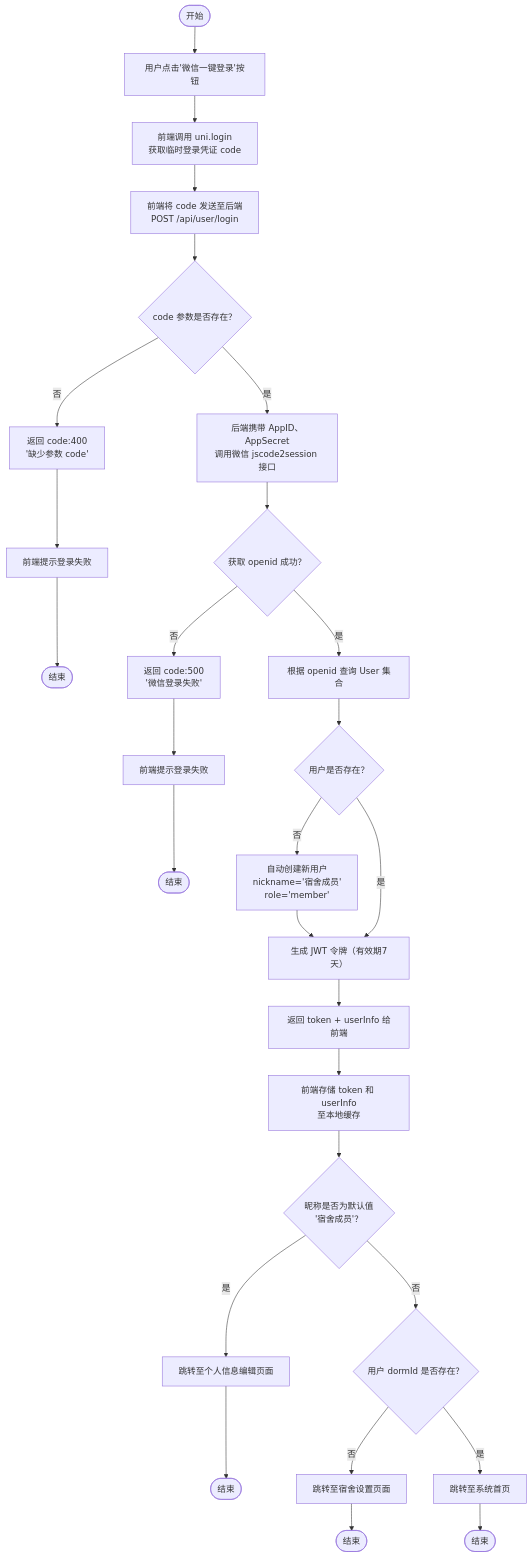
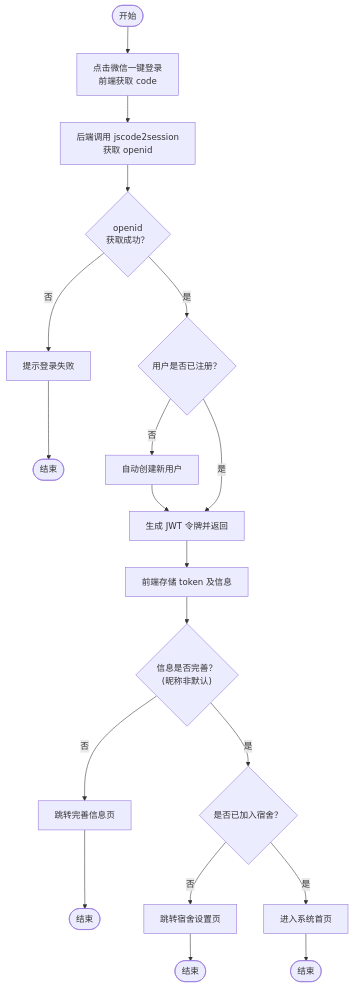
Before and after one commit to abcdaa12/test: the diagram in mermaid/登录流程图.md, drawn with Mermaid. The commit also changed 17 other files, not shown here.

````diff
--- a/mermaid/登录流程图.md
+++ b/mermaid/登录流程图.md
@@ -1,30 +1,21 @@
 ```mermaid
 flowchart TD
-    A([开始]) --> B["用户点击'微信一键登录'按钮"]
-    B --> C["前端调用 uni.login\n获取临时登录凭证 code"]
-    C --> D["前端将 code 发送至后端\nPOST /api/user/login"]
-    D --> E{"code 参数是否存在？"}
-    E -- 否 --> E1["返回 code:400\n'缺少参数 code'"]
-    E1 --> E2["前端提示登录失败"]
-    E2 --> Z1([结束])
-    E -- 是 --> F["后端携带 AppID、AppSecret\n调用微信 jscode2session 接口"]
-    F --> G{"获取 openid 成功？"}
-    G -- 否 --> G1["返回 code:500\n'微信登录失败'"]
-    G1 --> G2["前端提示登录失败"]
-    G2 --> Z2([结束])
-    G -- 是 --> H["根据 openid 查询 User 集合"]
-    H --> I{"用户是否存在？"}
-    I -- 否 --> J["自动创建新用户\nnickname='宿舍成员'\nrole='member'"]
-    J --> K["生成 JWT 令牌（有效期7天）"]
-    I -- 是 --> K
-    K --> L["返回 token + userInfo 给前端"]
-    L --> M["前端存储 token 和 userInfo\n至本地缓存"]
-    M --> N{"昵称是否为默认值\n'宿舍成员'？"}
-    N -- 是 --> O["跳转至个人信息编辑页面"]
-    O --> Z3([结束])
-    N -- 否 --> P{"用户 dormId 是否存在？"}
-    P -- 否 --> Q["跳转至宿舍设置页面"]
-    Q --> Z4([结束])
-    P -- 是 --> R["跳转至系统首页"]
-    R --> Z5([结束])
+    A([开始]) --> B["点击微信一键登录\n前端获取 code"]
+    B --> C["后端调用 jscode2session\n获取 openid"]
+    C --> D{"openid\n获取成功？"}
+    D -- 否 --> E["提示登录失败"]
+    E --> Z1([结束])
+    D -- 是 --> F{"用户是否已注册？"}
+    F -- 否 --> G["自动创建新用户"]
+    G --> H
+    F -- 是 --> H["生成 JWT 令牌并返回"]
+    H --> I["前端存储 token 及信息"]
+    I --> J{"信息是否完善？\n(昵称非默认)"}
+    J -- 否 --> K["跳转完善信息页"]
+    K --> Z2([结束])
+    J -- 是 --> L{"是否已加入宿舍？"}
+    L -- 否 --> M["跳转宿舍设置页"]
+    M --> Z3([结束])
+    L -- 是 --> N["进入系统首页"]
+    N --> Z4([结束])
 ```
````
